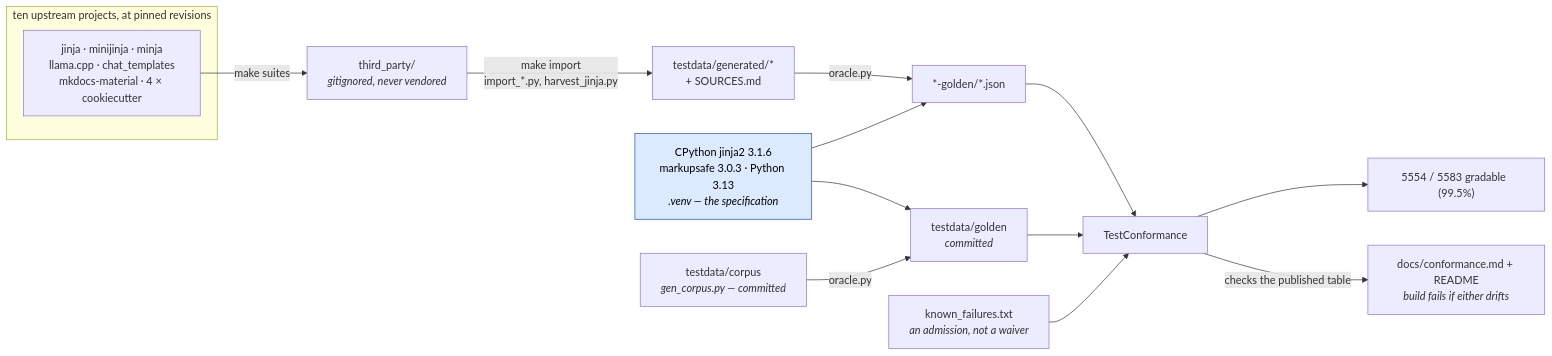
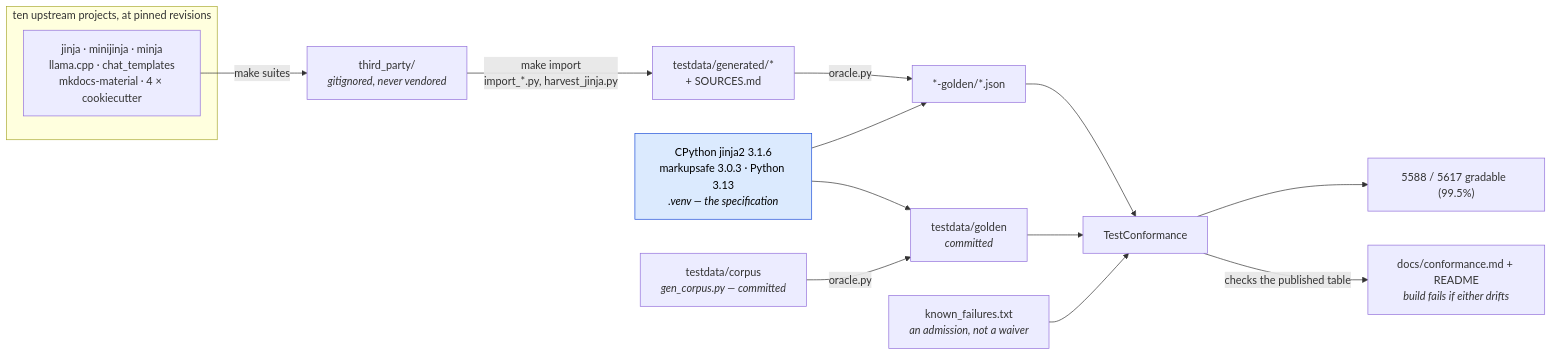
One commit to mgilbir/gojja2 changed the first of 2 diagrams in docs/conformance.md. Above: the diagram before and after it, drawn with Mermaid. The commit also changed other lines of this file and 112 other files, not shown here.

````diff
--- a/docs/conformance.md
+++ b/docs/conformance.md
@@ -17,24 +17,24 @@
 ```mermaid
 flowchart LR
     subgraph up["ten upstream projects, at pinned revisions"]
         U1["jinja · minijinja · minja<br/>llama.cpp · chat_templates<br/>mkdocs-material · 4 × cookiecutter"]
     end
     U1 -->|"make suites"| TP["third_party/<br/><i>gitignored, never vendored</i>"]
     TP -->|"make import<br/>import_*.py, harvest_jinja.py"| GEN["testdata/generated/*<br/>+ SOURCES.md"]
 
     ORA["CPython jinja2 3.1.6<br/>markupsafe 3.0.3 · Python 3.13<br/><i>.venv — the specification</i>"]
     GEN -->|"oracle.py"| G2["*-golden/*.json"]
     ORA --> G2
 
     OWN["testdata/corpus<br/><i>gen_corpus.py — committed</i>"] -->|"oracle.py"| G1["testdata/golden<br/><i>committed</i>"]
     ORA --> G1
 
     G1 --> TC["TestConformance"]
     G2 --> TC
     KF["known_failures.txt<br/><i>an admission, not a waiver</i>"] --> TC
-    TC --> RATE["5554 / 5583 gradable  (99.5%)"]
+    TC --> RATE["5588 / 5617 gradable  (99.5%)"]
     TC -->|"checks the published table"| RM["docs/conformance.md + README<br/><i>build fails if either drifts</i>"]
 
     classDef spec fill:#dbeafe,stroke:#1d4ed8,color:#000
     class ORA spec
 ```
````
